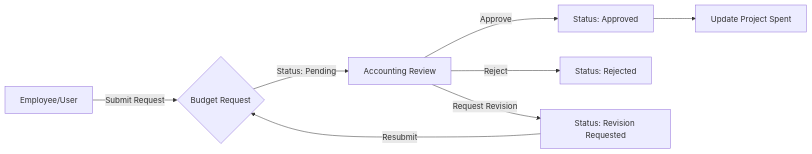
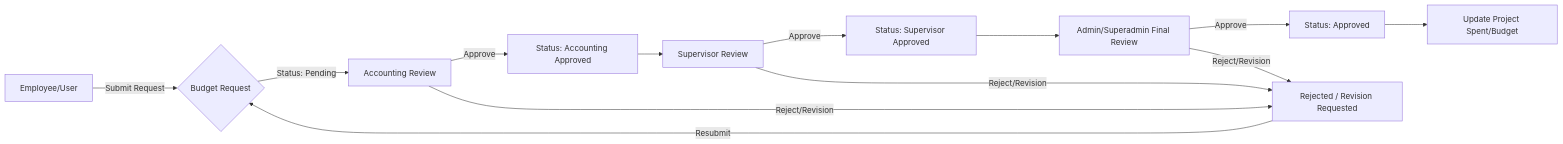
One commit to Ranyeelll/project-app changed the tenth of 13 diagrams in docs/SYSTEM_DOCUMENTATION.md. Above: the diagram before and after it, drawn with Mermaid. The commit also changed other lines of this file and 80 other files, not shown here.

````diff
--- a/docs/SYSTEM_DOCUMENTATION.md
+++ b/docs/SYSTEM_DOCUMENTATION.md
@@ -713,10 +756,15 @@
 ```mermaid
 flowchart LR
     A[Employee/User] -->|Submit Request| B{Budget Request}
     B -->|Status: Pending| C[Accounting Review]
-    C -->|Approve| D[Status: Approved]
-    C -->|Reject| E[Status: Rejected]
-    C -->|Request Revision| F[Status: Revision Requested]
-    F -->|Resubmit| B
-    D --> G[Update Project Spent]
+    C -->|Approve| D[Status: Accounting Approved]
+    D --> H[Supervisor Review]
+    H -->|Approve| I[Status: Supervisor Approved]
+    I --> J[Admin/Superadmin Final Review]
+    J -->|Approve| K[Status: Approved]
+    C -->|Reject/Revision| E[Rejected / Revision Requested]
+    H -->|Reject/Revision| E
+    J -->|Reject/Revision| E
+    E -->|Resubmit| B
+    K --> G[Update Project Spent/Budget]
 ```
````
